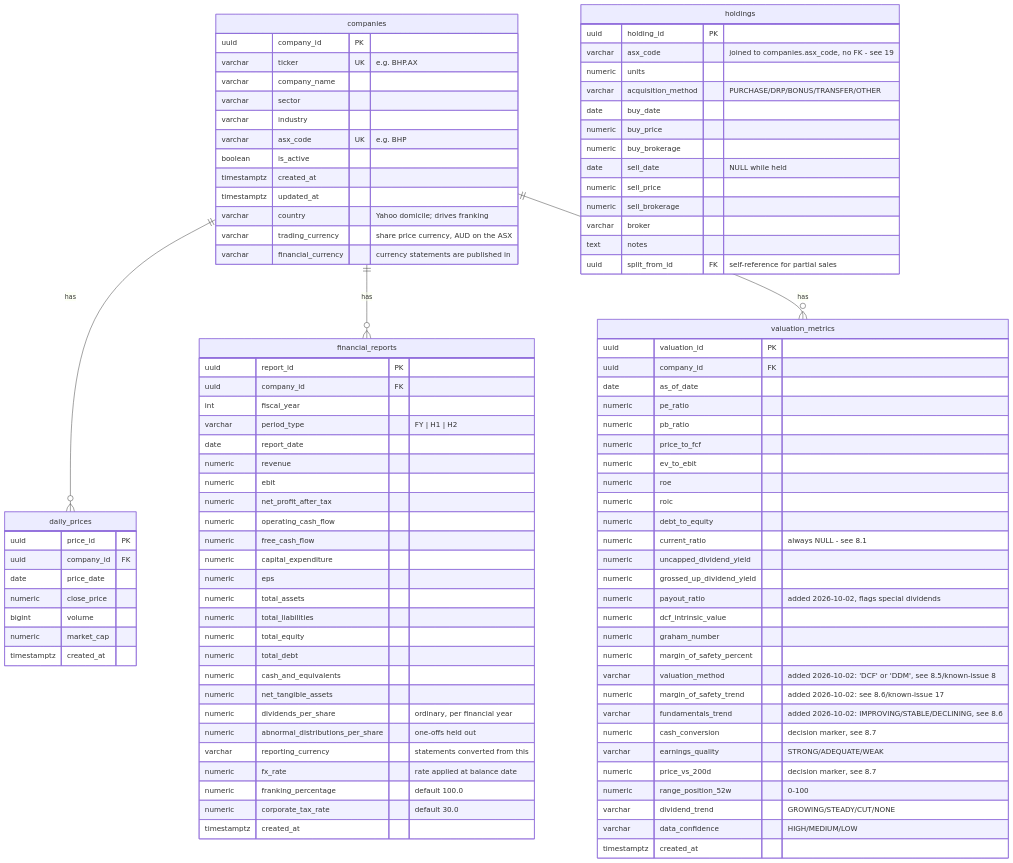
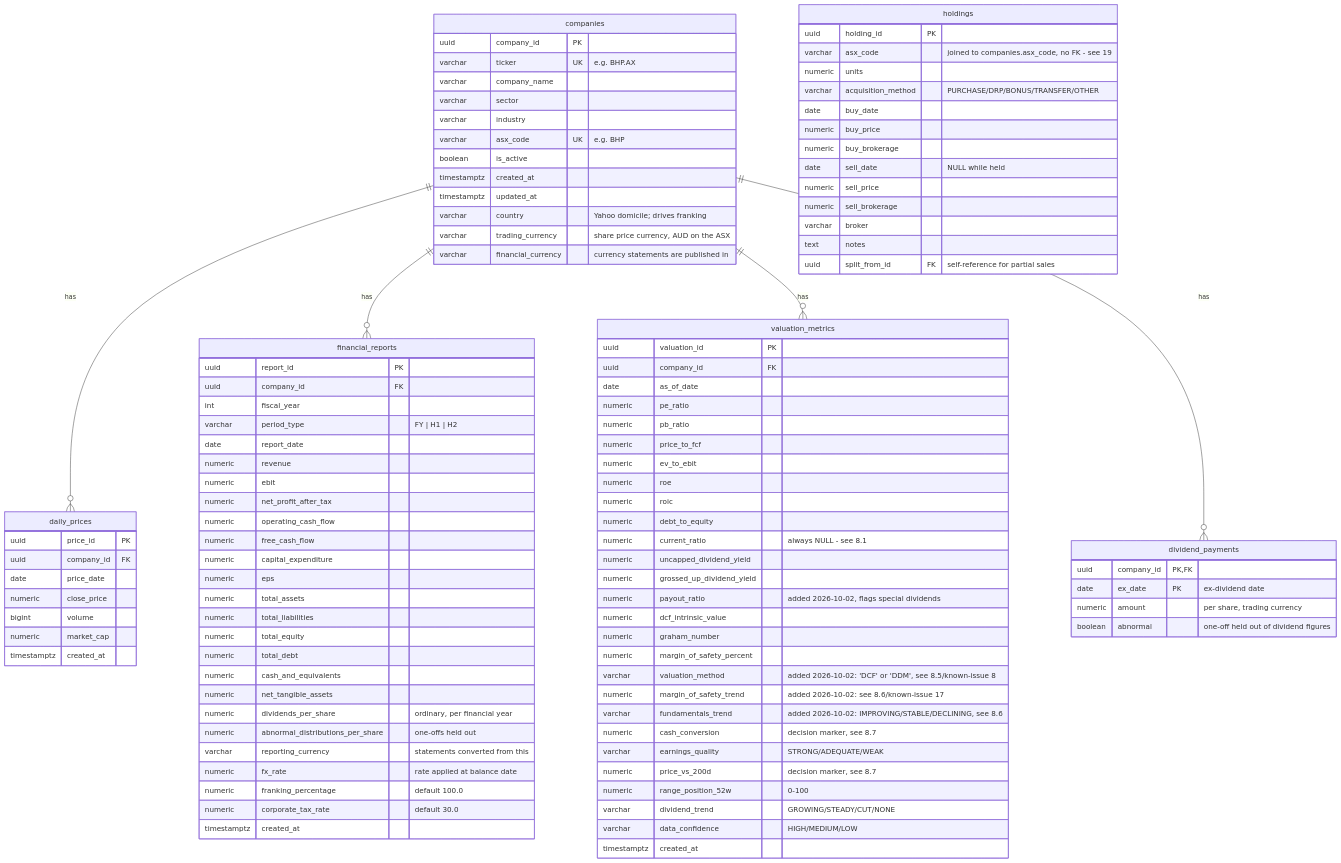
Before and after one commit to davidstangherlin/Portfolio: the second of 2 diagrams in docs/AS_BUILT.md, drawn with Mermaid. The commit also changed other lines of this file and 11 other files, not shown here.

First line of the commit message:
Mark dividends on the price chart with a pink D

```diff
--- a/docs/AS_BUILT.md
+++ b/docs/AS_BUILT.md
@@ -151,6 +152,7 @@
     companies ||--o{ daily_prices : has
     companies ||--o{ financial_reports : has
     companies ||--o{ valuation_metrics : has
+    companies ||--o{ dividend_payments : has
 
     companies {
         uuid company_id PK
@@ -165,6 +167,12 @@
         varchar country "Yahoo domicile; drives franking"
         varchar trading_currency "share price currency, AUD on the ASX"
         varchar financial_currency "currency statements are published in"
+    }
+    dividend_payments {
+        uuid company_id PK,FK
+        date ex_date PK "ex-dividend date"
+        numeric amount "per share, trading currency"
+        boolean abnormal "one-off held out of dividend figures"
     }
     daily_prices {
         uuid price_id PK
```
